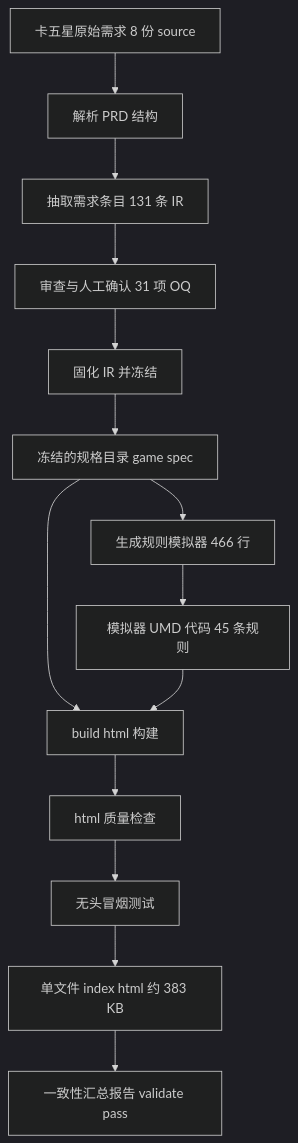
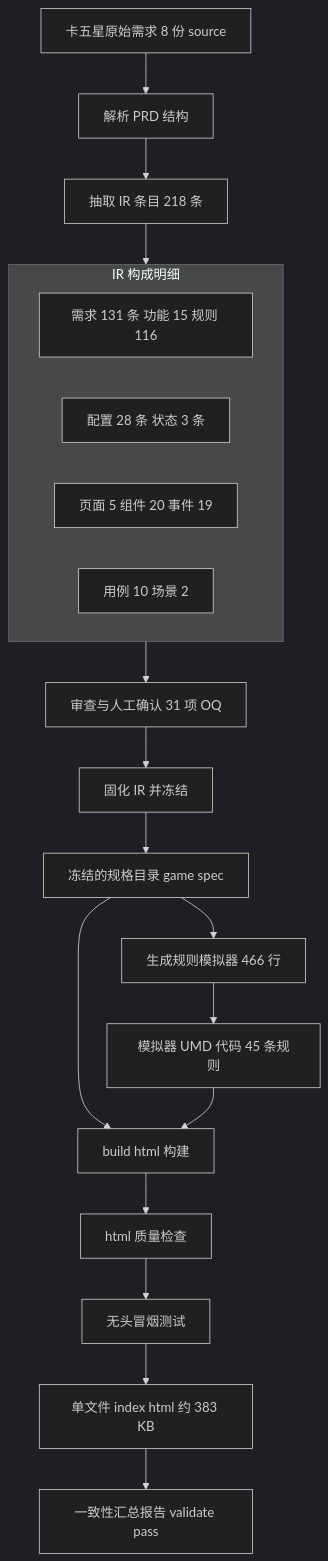
Before and after one commit to mickorz/PrdGameSkill: the first of 2 diagrams in dev-docs/guides/2026-11-09-mahjong-html-generation-guide.md, drawn with Mermaid (dark theme). The commit also changed other lines of this file, not shown here.

First line of the commit message:
docs: 流程图细化 IR 构成并新增构成明细表

````diff
--- a/dev-docs/guides/2026-11-09-mahjong-html-generation-guide.md
+++ b/dev-docs/guides/2026-11-09-mahjong-html-generation-guide.md
@@ -29,16 +29,23 @@
 ```mermaid
 flowchart TD
     A[卡五星原始需求 8 份 source] --> B[解析 PRD 结构]
-    B --> C[抽取需求条目 131 条 IR]
-    C --> D[审查与人工确认 31 项 OQ]
+    B --> C[抽取 IR 条目 218 条]
+    subgraph S1 [IR 构成明细]
+        C1[需求 131 条 功能 15 规则 116]
+        C2[配置 28 条 状态 3 条]
+        C3[页面 5 组件 20 事件 19]
+        C4[用例 10 场景 2]
+    end
+    C --> S1
+    S1 --> D[审查与人工确认 31 项 OQ]
     D --> E[固化 IR 并冻结]
     E --> F[冻结的规格目录 game spec]
     F --> G[生成规则模拟器 466 行]
     G --> H[模拟器 UMD 代码 45 条规则]
     F --> I[build html 构建]
     H --> I
     I --> J[html 质量检查]
     J --> K[无头冒烟测试]
     K --> L[单文件 index html 约 383 KB]
     L --> M[一致性汇总报告 validate pass]
 ```
````
